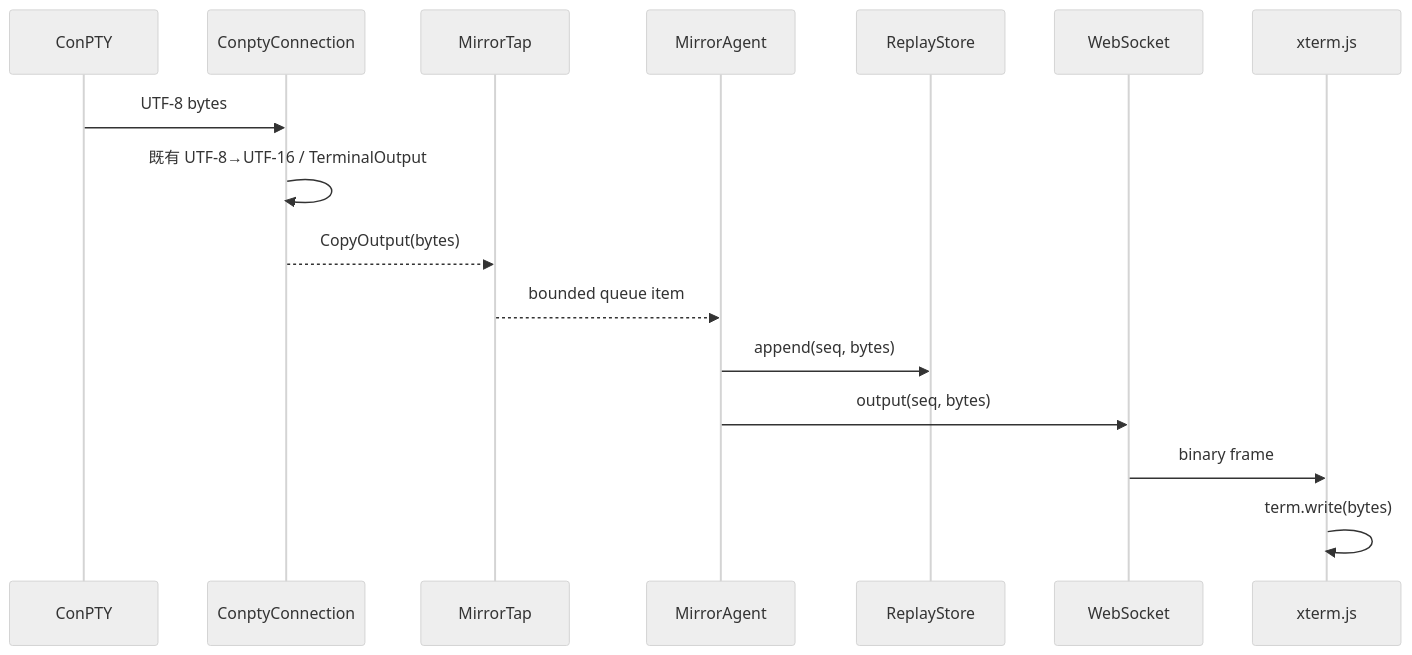
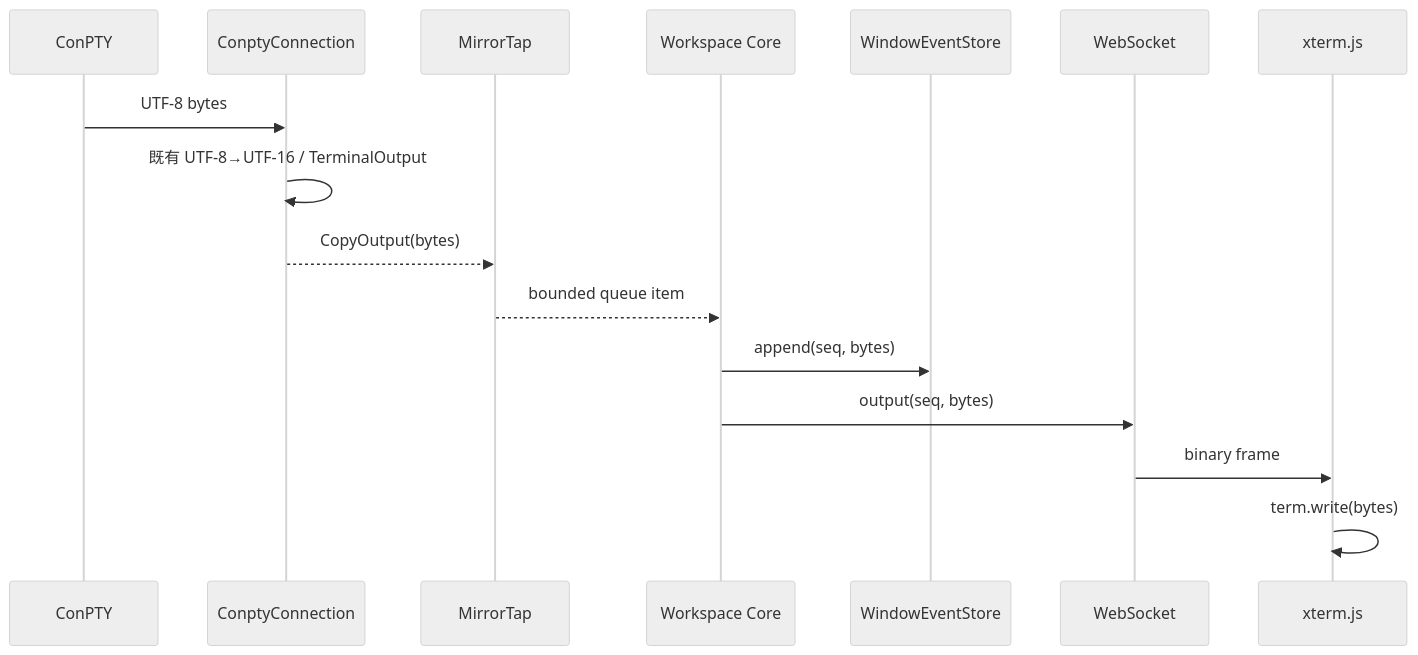
The second of 3 diagrams in docs/design/mirror/02-architecture.md (filegrid/terminal), drawn with Mermaid (neutral theme) before and after one commit. The commit also changed other lines of this file and 68 other files, not shown here.

````diff
--- a/docs/design/mirror/02-architecture.md
+++ b/docs/design/mirror/02-architecture.md
@@ -58,18 +81,18 @@
 ```mermaid
 sequenceDiagram
   participant P as ConPTY
   participant C as ConptyConnection
   participant T as MirrorTap
-  participant A as MirrorAgent
-  participant R as ReplayStore
+  participant A as Workspace Core
+  participant R as WindowEventStore
   participant W as WebSocket
   participant X as xterm.js
   P->>C: UTF-8 bytes
   C->>C: 既有 UTF-8→UTF-16 / TerminalOutput
   C-->>T: CopyOutput(bytes)
   T-->>A: bounded queue item
   A->>R: append(seq, bytes)
   A->>W: output(seq, bytes)
   W->>X: binary frame
   X->>X: term.write(bytes)
 ```
````
